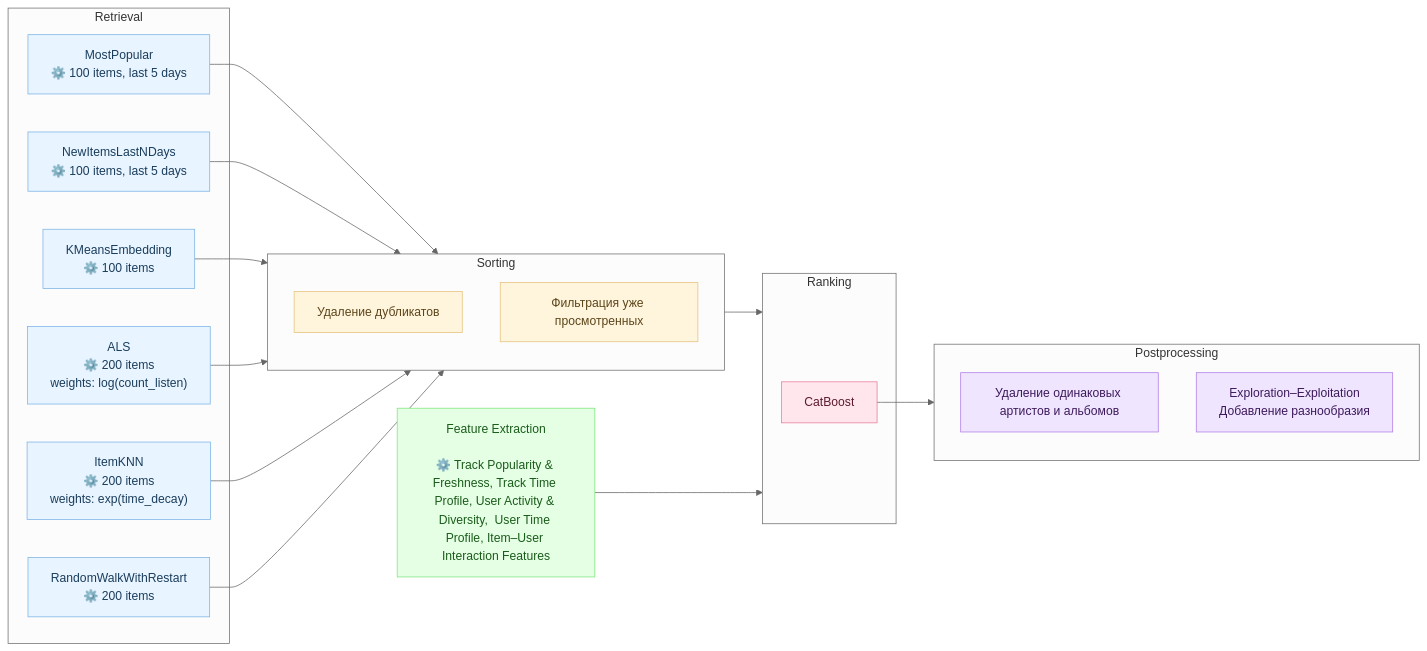
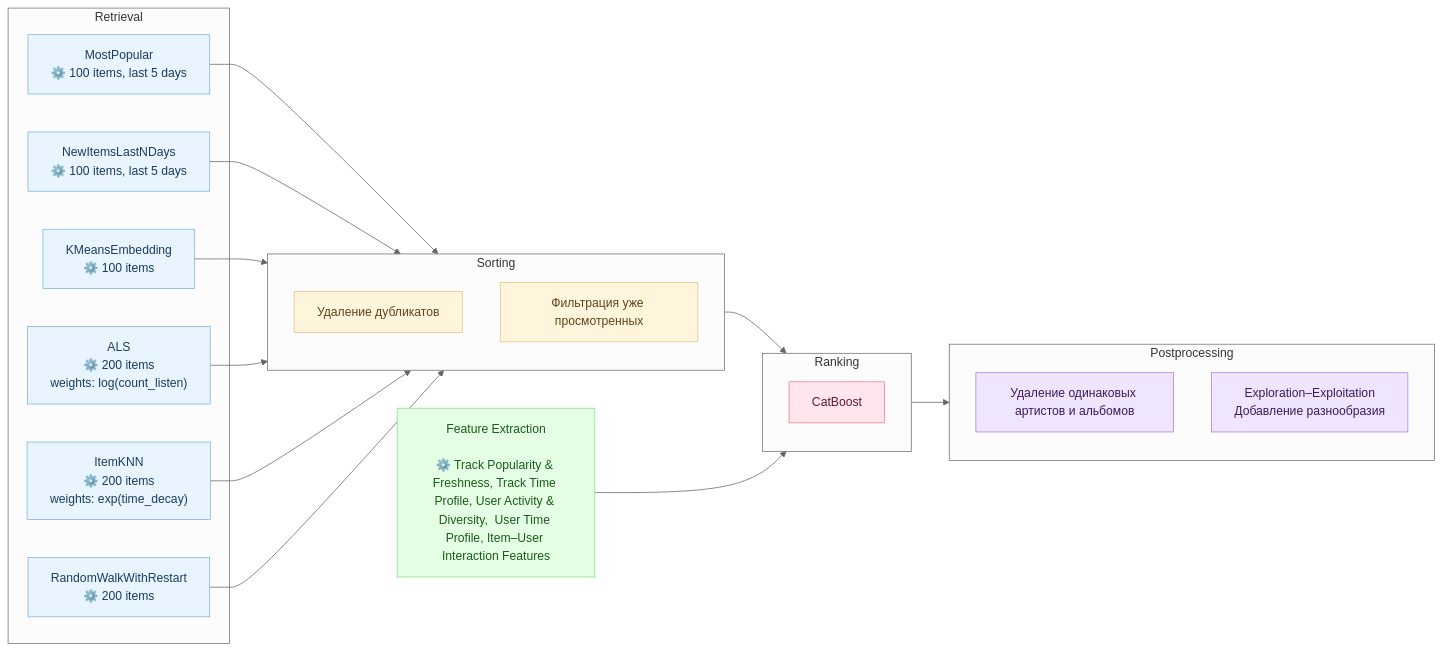
Before and after one commit to Nastasy822/music-recommendation-experiments: the second of 2 diagrams in README.md, drawn with Mermaid (neutral theme).

Commit message:
docs(readme): update diagram

````diff
--- a/README.md
+++ b/README.md
@@ -180,59 +180,59 @@
 ```mermaid
 flowchart LR
 
     %% === Retrieval Models ===
     subgraph RETRIEVAL ["Retrieval"]
         PopAll["MostPopular<br/>⚙️ 100 items, last 5 days"]
         PopUser["NewItemsLastNDays<br/>⚙️ 100 items, last 5 days"]
         SIM["KMeansEmbedding<br/>⚙️ 100 items"]
         ITEMKNN["ItemKNN<br/>⚙️ 200 items<br/>weights: exp(time_decay)"]
         GRAPH["RandomWalkWithRestart<br/>⚙️ 200 items"]
         ALS["ALS<br/>⚙️ 200 items<br/>weights: log(count_listen)"]
     end
 
     %% === Sorting Stage ===
     subgraph SORTING ["Sorting"]
         DUBLICATE["Удаление дубликатов"]
         FILTER["Фильтрация уже просмотренных"]
     end
 
     %% === Ranking Stage ===
     subgraph RANKING ["Ranking"]
         RANK["CatBoost"]
     end
 
     %% === Postprocessing Stage ===
     subgraph POSTPROCESS ["Postprocessing"]
         ARTIST_FILTER["Удаление одинаковых артистов и альбомов"]
         EXPLORATION["Exploration–Exploitation<br/>Добавление разнообразия"]
     end
 
     %% === Feature Extraction ===
     FEATS["Feature Extraction<br><br>⚙️ Track Popularity & Freshness, Track Time Profile, User Activity & Diversity,  User Time Profile, Item–User Interaction Features"]
 
     %% === Data Flows ===
     PopAll --> SORTING
     PopUser --> SORTING
     SIM --> SORTING
     ALS --> SORTING
     ITEMKNN --> SORTING
     GRAPH --> SORTING
 
     SORTING --> RANKING
     FEATS --> RANKING
 
-    RANK --> POSTPROCESS
+    RANKING --> POSTPROCESS
 
     %% === Styles ===
     classDef retrieval fill:#e8f4ff,stroke:#7db4e6,color:#1a3d5c;
     classDef sorting fill:#fff5dd,stroke:#e6c27d,color:#5c451a;
     classDef ranking fill:#ffe6ec,stroke:#e67d9c,color:#5c1a2f;
     classDef postprocess fill:#f0e5ff,stroke:#b07de6,color:#3d1a5c;
     classDef features fill:#e5ffe5,stroke:#7de67d,color:#1a5c1a;
 
     class PopAll,PopUser,SIM,ALS,ITEMKNN,GRAPH retrieval;
     class FILTER,DUBLICATE sorting;
     class RANK ranking;
     class ARTIST_FILTER,EXPLORATION postprocess;
     class FEATS features;
 ```
````
